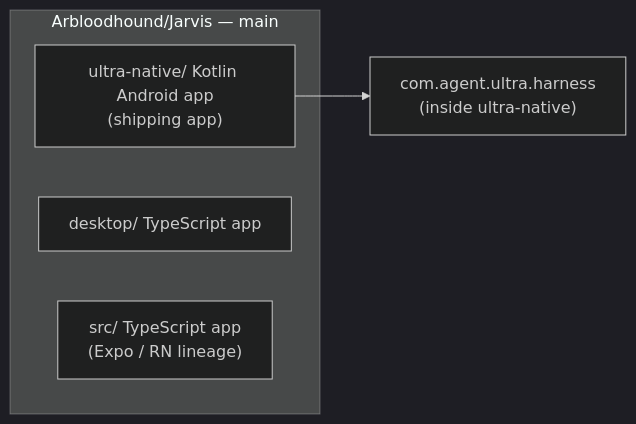
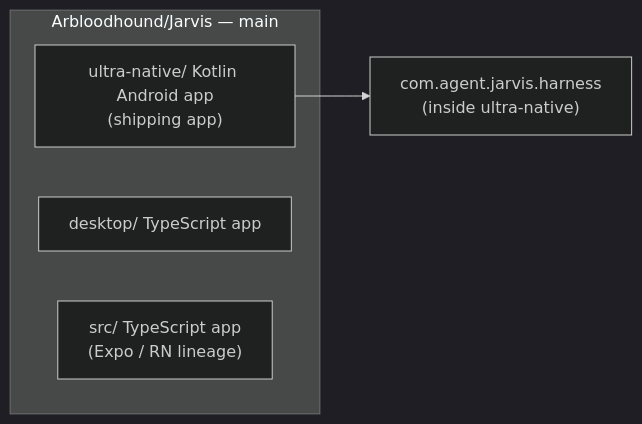
One commit to Arbloodhound/Jarvis changed the first of 3 diagrams in ARCHITECTURE.md. Above: the diagram before and after it, drawn with Mermaid (dark theme). The commit also changed other lines of this file and 918 other files, not shown here.

First line of the commit message:
Rename stage 1: package com.agent.ultra -> com.agent.jarvis

````diff
--- a/ARCHITECTURE.md
+++ b/ARCHITECTURE.md
@@ -19,9 +19,9 @@
 ```mermaid
 flowchart LR
   subgraph REPO["Arbloodhound/Jarvis — main"]
     UN["ultra-native/ Kotlin Android app<br/>(shipping app)"]
     DT["desktop/ TypeScript app"]
     TS["src/ TypeScript app<br/>(Expo / RN lineage)"]
   end
-  UN --> HARNESS["com.agent.ultra.harness<br/>(inside ultra-native)"]
+  UN --> HARNESS["com.agent.jarvis.harness<br/>(inside ultra-native)"]
 ```
````
